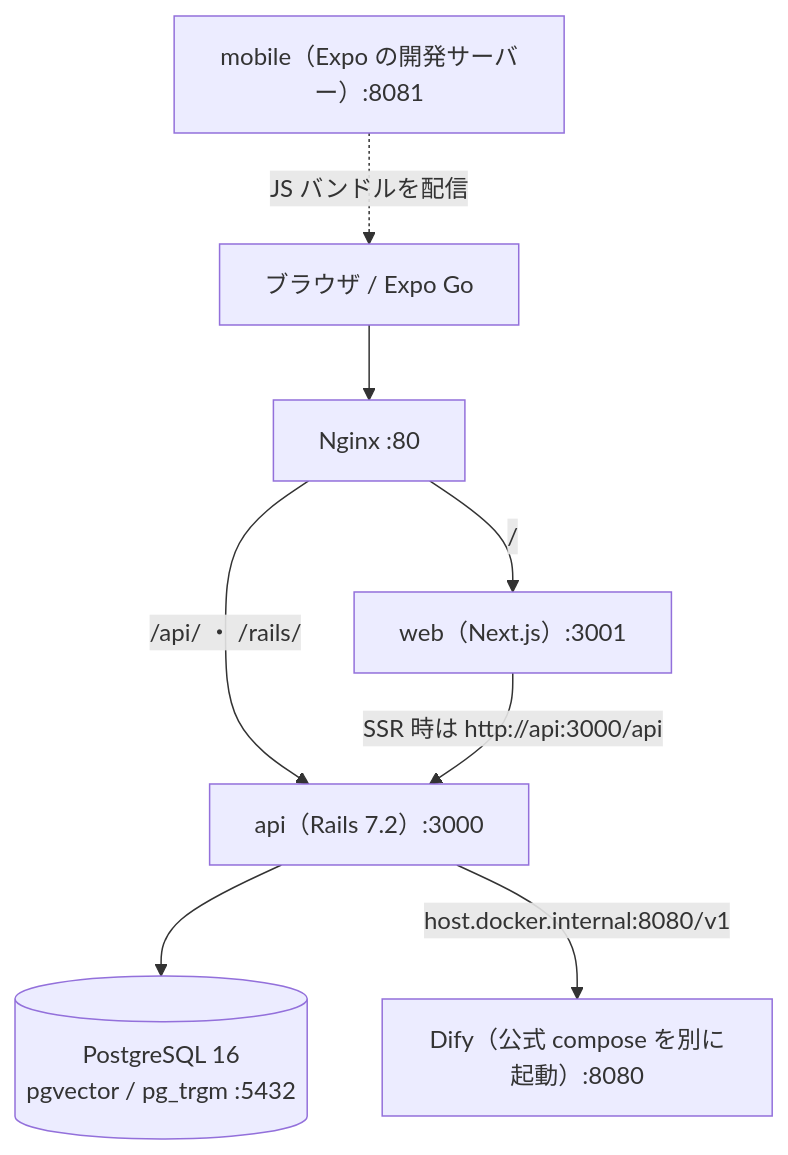
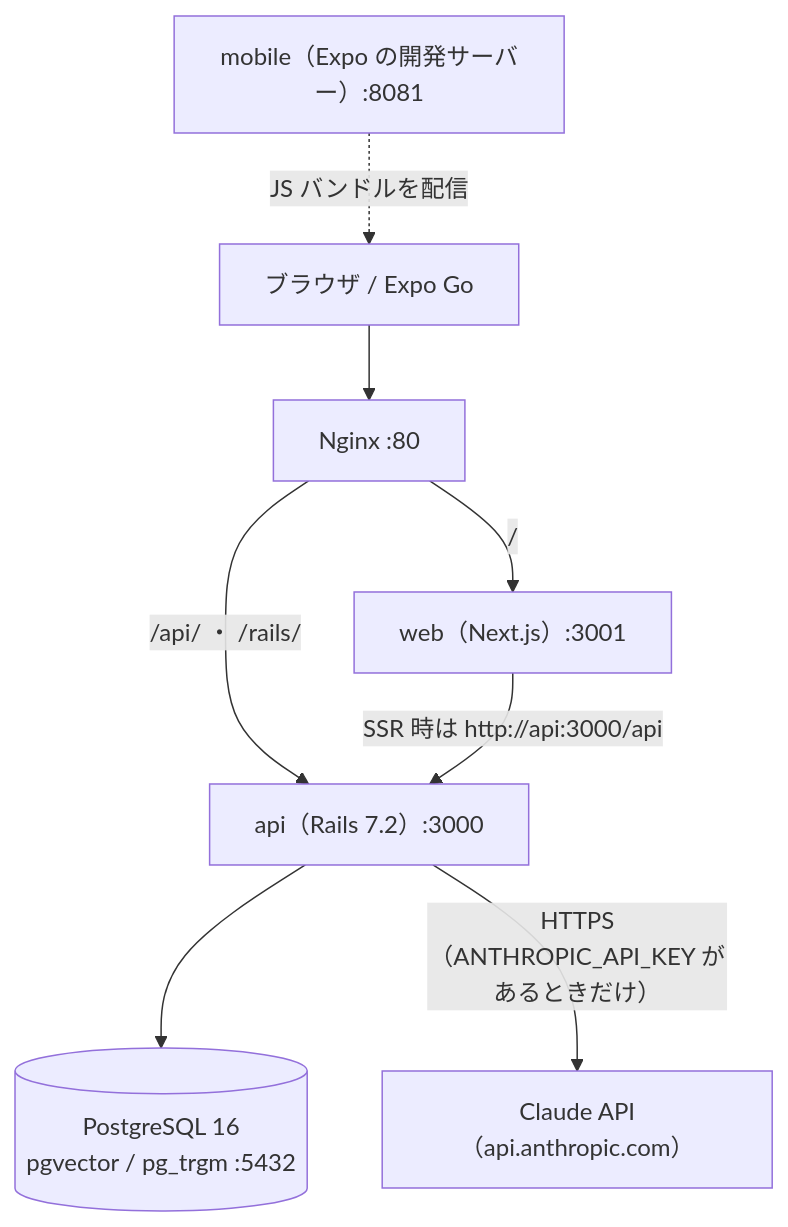
One commit to makoto-kamimura/docker_sales_management changed the second of 2 diagrams in README.md. Above: the diagram before and after it, drawn with Mermaid. The commit also changed other lines of this file and 36 other files, not shown here.

First line of the commit message:
AIコンシェルジュを Dify から Claude API の直接呼び出しに移す

````diff
--- a/README.md
+++ b/README.md
@@ -545,18 +548,18 @@
 ```mermaid
 flowchart TB
   client["ブラウザ / Expo Go"]
   nginx["Nginx :80"]
   web["web（Next.js）:3001"]
   api["api（Rails 7.2）:3000"]
   db[("PostgreSQL 16<br/>pgvector / pg_trgm :5432")]
-  dify["Dify（公式 compose を別に起動）:8080"]
+  claude["Claude API（api.anthropic.com）"]
   mobile["mobile（Expo の開発サーバー）:8081"]
 
   client --> nginx
   nginx -- "/" --> web
   nginx -- "/api/ ・ /rails/" --> api
   web -- "SSR 時は http://api:3000/api" --> api
   api --> db
-  api -- "host.docker.internal:8080/v1" --> dify
+  api -- "HTTPS（ANTHROPIC_API_KEY があるときだけ）" --> claude
   mobile -. "JS バンドルを配信" .-> client
 ```
````
